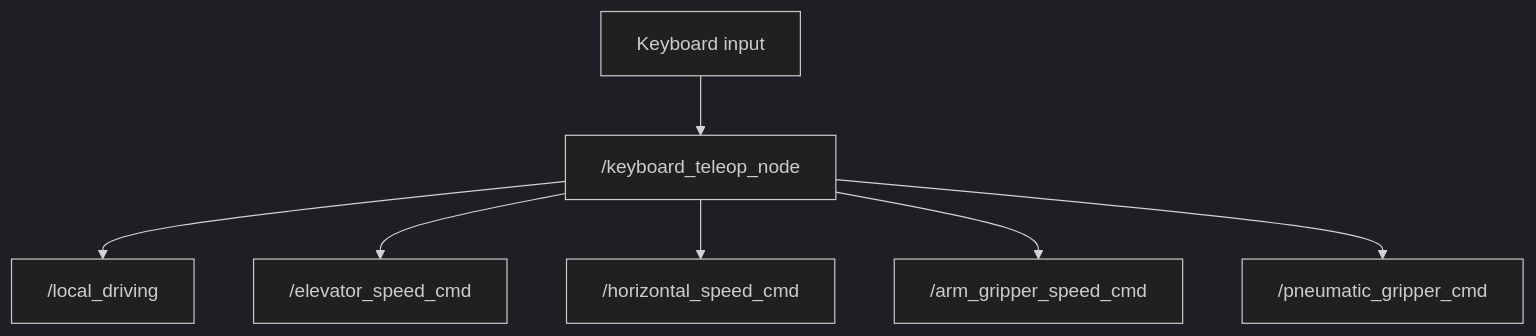
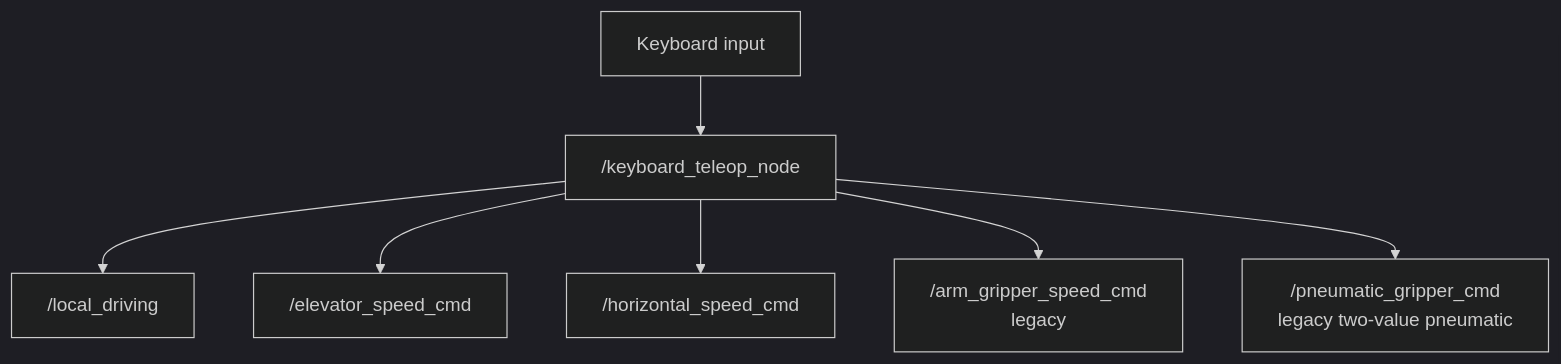
Before and after one commit to herolch07/joystck_controller: the fifth of 11 diagrams in NODE_GRAPH.md, drawn with Mermaid (dark theme). The commit also changed other lines of this file and 18 other files, not shown here.

````diff
--- a/NODE_GRAPH.md
+++ b/NODE_GRAPH.md
@@ -222,18 +236,18 @@
 ```mermaid
 flowchart TD
     Keyboard["Keyboard input"]
     Teleop["/keyboard_teleop_node"]
 
     Local["/local_driving"]
     Elev["/elevator_speed_cmd"]
     Horiz["/horizontal_speed_cmd"]
-    Grip["/arm_gripper_speed_cmd"]
-    Pneu["/pneumatic_gripper_cmd"]
+    LegacyGrip["/arm_gripper_speed_cmd<br/>legacy"]
+    LegacyPneu["/pneumatic_gripper_cmd<br/>legacy two-value pneumatic"]
 
     Keyboard --> Teleop
     Teleop --> Local
     Teleop --> Elev
     Teleop --> Horiz
-    Teleop --> Grip
-    Teleop --> Pneu
+    Teleop --> LegacyGrip
+    Teleop --> LegacyPneu
 ```
````
